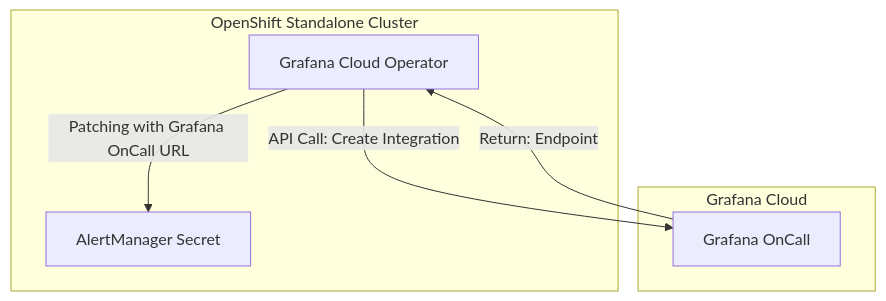
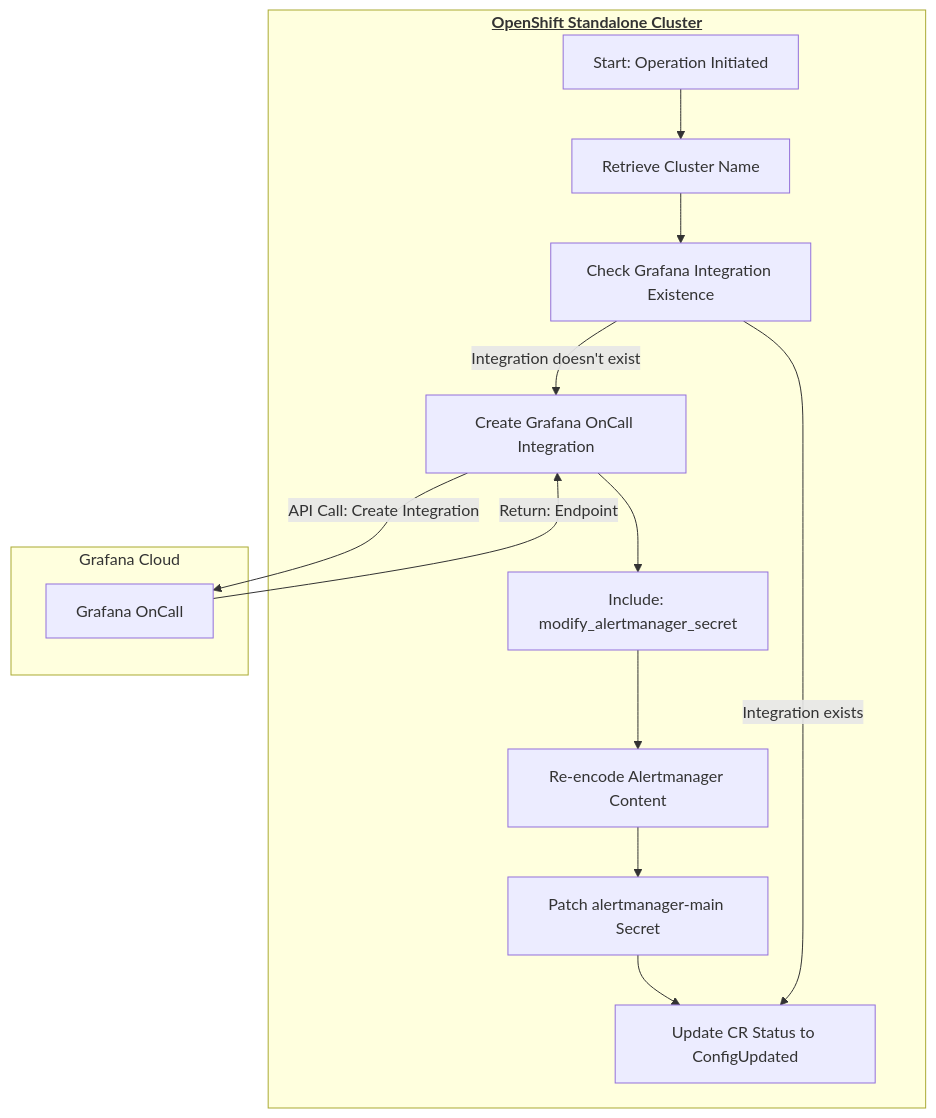
The second of 2 diagrams in README.md (stakater/grafana-cloud-ansible-operator), drawn with Mermaid before and after one commit. The commit also changed other lines of this file, not shown here.

Commit message:
Improve mermaid digrams

````diff
--- a/README.md
+++ b/README.md
@@ -76,16 +89,31 @@
 ```mermaid
 graph TD
 
-    subgraph "OpenShift Standalone Cluster"
-        GCO[Grafana Cloud Operator]
-        AMS[AlertManager Secret]
-        GCO -->|Patching with Grafana OnCall URL| AMS
+    subgraph "<u><b>OpenShift Standalone Cluster</b></u>"
+        Init[Start: Operation Initiated]
+        GetClusterName[Retrieve Cluster Name]
+        CheckIntegration[Check Grafana Integration Existence]
+        CreateIntegration[Create Grafana OnCall Integration]
+        ModSecret[Include: modify_alertmanager_secret]
+        Reencode[Re-encode Alertmanager Content]
+        PatchSecret[Patch alertmanager-main Secret]
+        UpdateCR[Update CR Status to ConfigUpdated]
+        
+        Init --> GetClusterName
+        GetClusterName --> CheckIntegration
+        CheckIntegration -- Integration doesn't exist --> CreateIntegration
+        CreateIntegration --> ModSecret
+        ModSecret --> Reencode
+        Reencode --> PatchSecret
+        PatchSecret --> UpdateCR
     end
 
     subgraph "Grafana Cloud"
         GO[Grafana OnCall]
     end
 
-    GCO -->|API Call: Create Integration| GO
-    GO -->|Return: Endpoint| GCO
+    CheckIntegration -- Integration exists --> UpdateCR
+    CreateIntegration -->|API Call: Create Integration| GO
+    GO -->|Return: Endpoint| CreateIntegration
+
 ```
````
